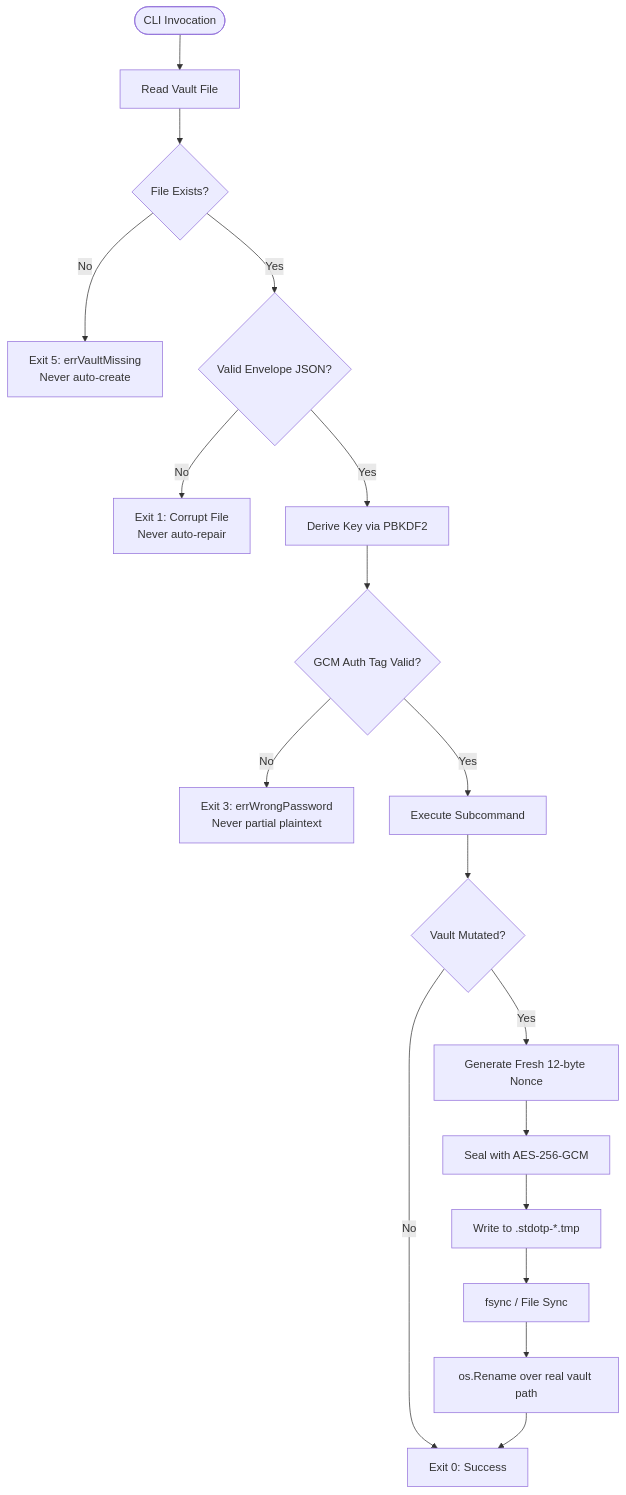
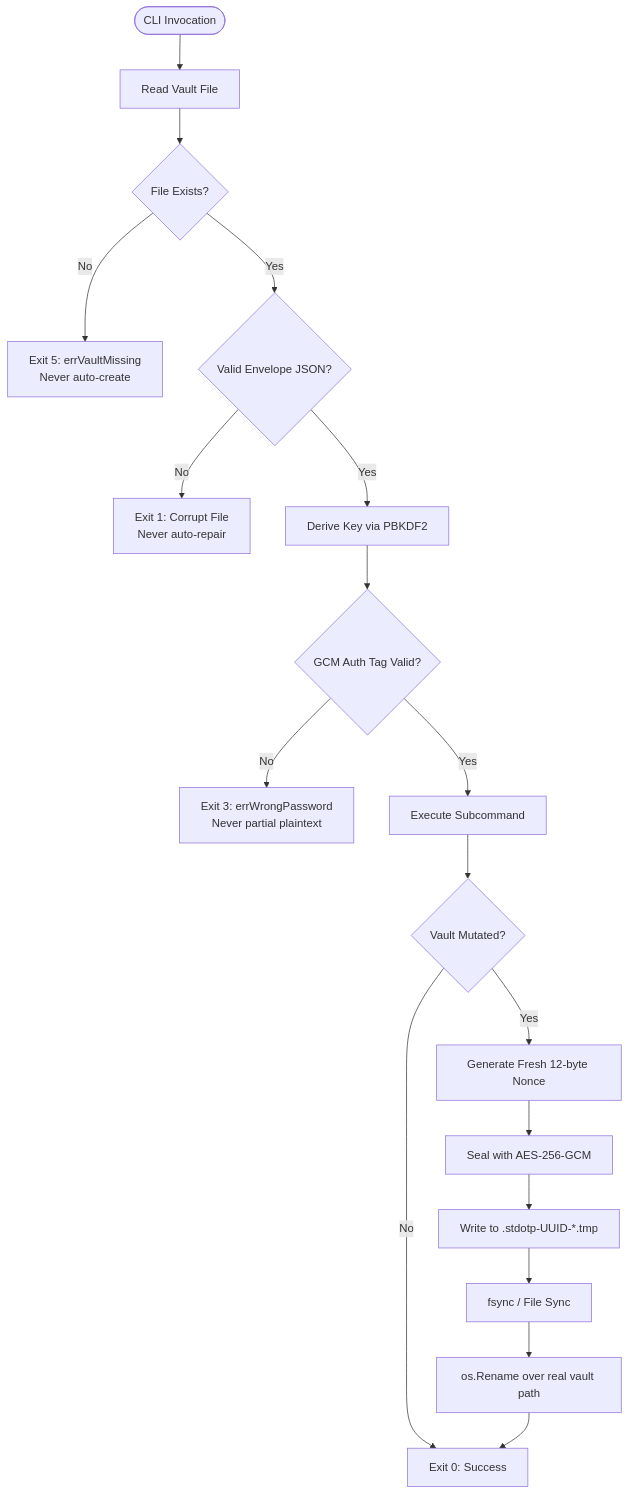
The fourth of 4 diagrams in README.md (moin08s/stdotp), drawn with Mermaid before and after one commit. The commit also changed other lines of this file and 3 other files, not shown here.

````diff
--- a/README.md
+++ b/README.md
@@ -232,21 +233,21 @@
 ```mermaid
 flowchart TD
     Start([CLI Invocation]) --> ReadVault[Read Vault File]
     ReadVault --> CheckExist{File Exists?}
     CheckExist -- No --> Exit5[Exit 5: errVaultMissing<br/>Never auto-create]
     CheckExist -- Yes --> CheckJSON{Valid Envelope JSON?}
     CheckJSON -- No --> Exit1[Exit 1: Corrupt File<br/>Never auto-repair]
     CheckJSON -- Yes --> DeriveKey[Derive Key via PBKDF2]
     DeriveKey --> OpenGCM{GCM Auth Tag Valid?}
     OpenGCM -- No --> Exit3[Exit 3: errWrongPassword<br/>Never partial plaintext]
     OpenGCM -- Yes --> RunCommand[Execute Subcommand]
 
     RunCommand --> Mutating{Vault Mutated?}
     Mutating -- No --> Exit0[Exit 0: Success]
     Mutating -- Yes --> GenNonce[Generate Fresh 12-byte Nonce]
     GenNonce --> EncryptGCM[Seal with AES-256-GCM]
-    EncryptGCM --> WriteTmp[Write to .stdotp-*.tmp]
+    EncryptGCM --> WriteTmp[Write to .stdotp-UUID-*.tmp]
     WriteTmp --> Fsync[fsync / File Sync]
     Fsync --> Rename[os.Rename over real vault path]
     Rename --> Exit0
 ```
````
